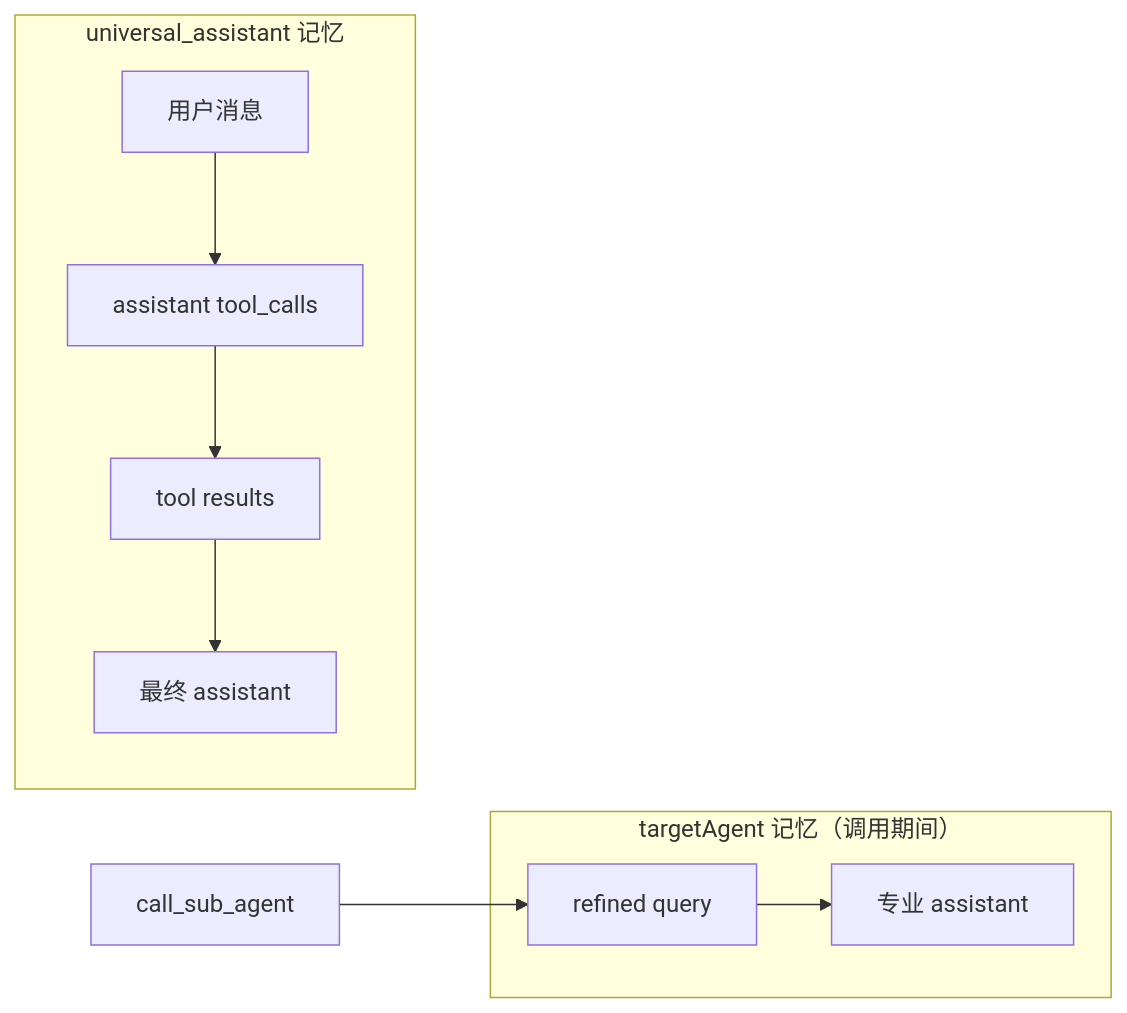
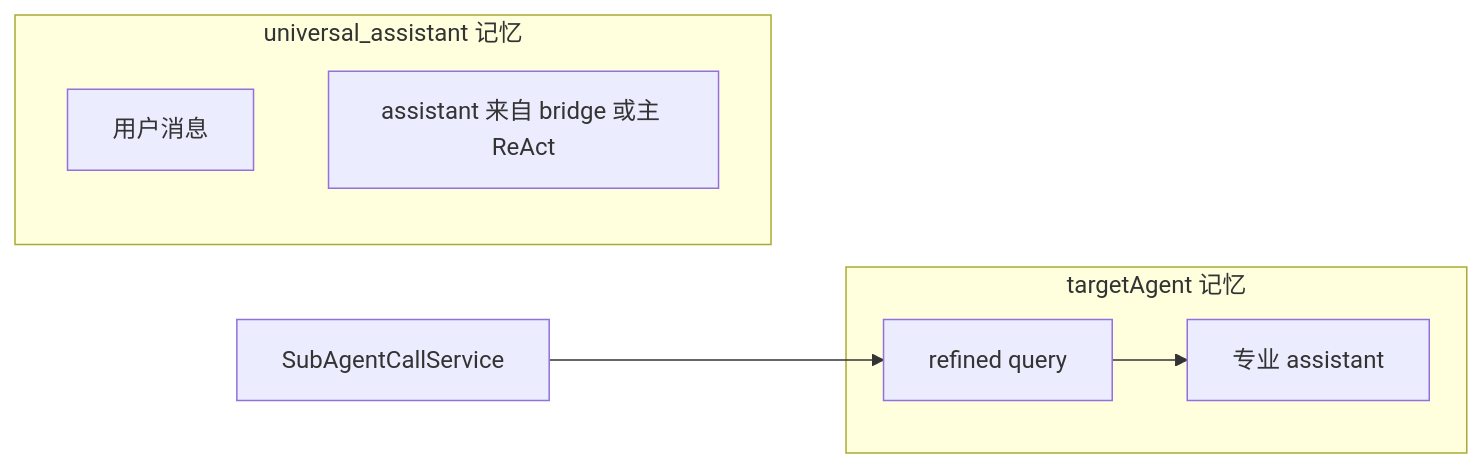
The third of 3 diagrams in 平台/通用助手/子智能体调用与记忆.md (j2agent-ai/j2agent-docs), drawn with Mermaid before and after one commit. The commit also changed other lines of this file and 7 other files, not shown here.

First line of the commit message:
feat(universal): 实现通用助手被动意图召回与子智能体编排调度

````diff
--- a/平台/通用助手/子智能体调用与记忆.md
+++ b/平台/通用助手/子智能体调用与记忆.md
@@ -127,15 +83,12 @@
 ```mermaid
 flowchart LR
   subgraph universalMem ["universal_assistant 记忆"]
     U1[用户消息]
-    U2[assistant tool_calls]
-    U3[tool results]
-    U4[最终 assistant]
+    U2[assistant 来自 bridge 或主 ReAct]
   end
-  subgraph specialistMem ["targetAgent 记忆（调用期间）"]
+  subgraph specialistMem ["targetAgent 记忆"]
     S1[refined query]
     S2[专业 assistant]
   end
-  U1 --> U2 --> U3 --> U4
-  CallTool[call_sub_agent] --> S1 --> S2
+  Call[SubAgentCallService] --> S1 --> S2
 ```
````
